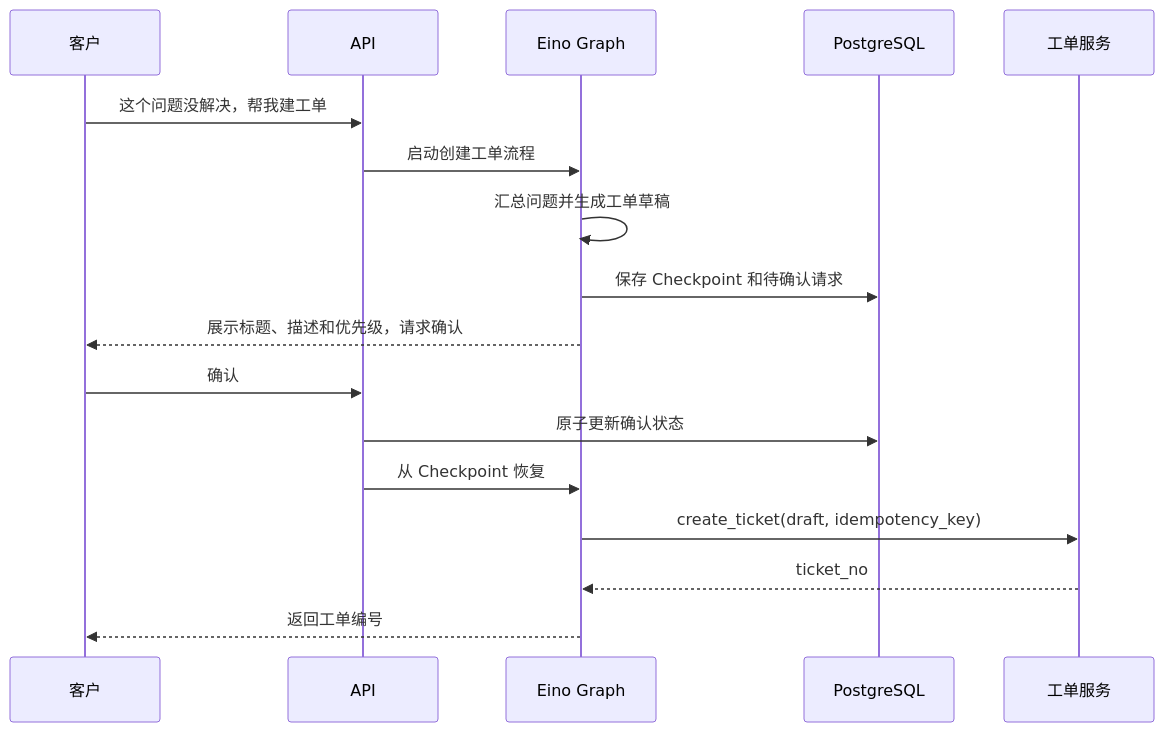
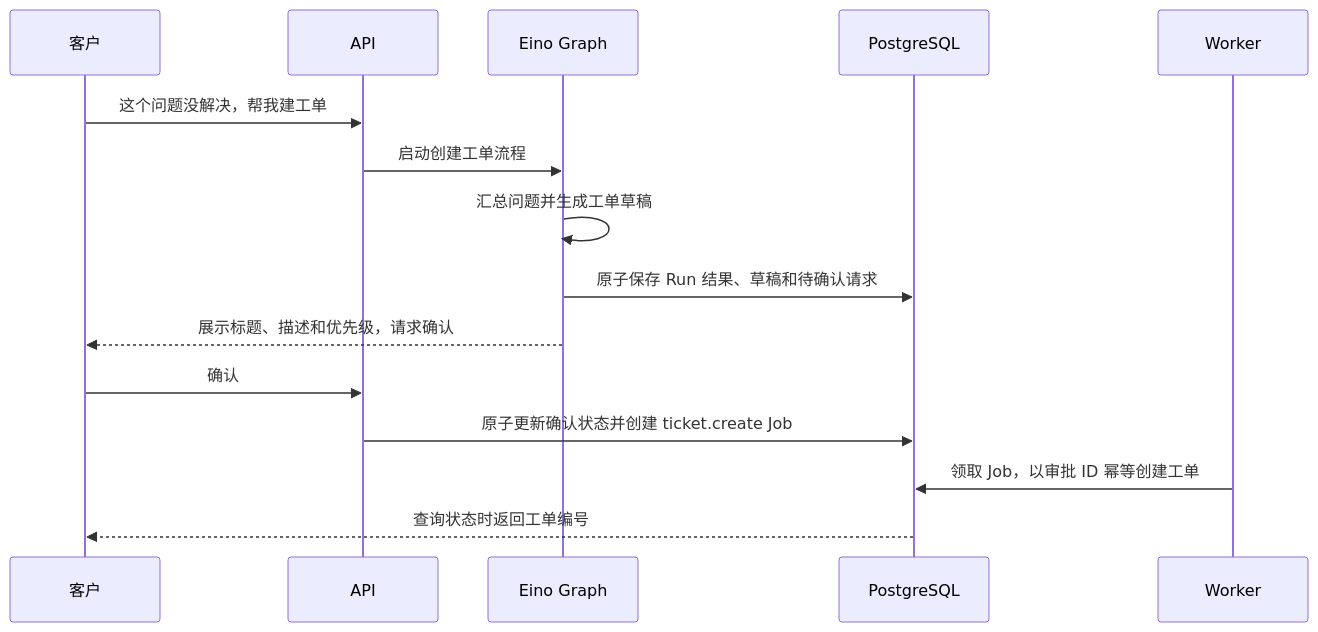
Before and after one commit to SuZeJun/agent-chat: the third of 5 diagrams in docs/USER_FLOWS.md, drawn with Mermaid. The commit also changed other lines of this file and 31 other files, not shown here.

````diff
--- a/docs/USER_FLOWS.md
+++ b/docs/USER_FLOWS.md
@@ -65,20 +65,18 @@
 ```mermaid
 sequenceDiagram
     participant U as 客户
     participant API as API
     participant E as Eino Graph
     participant DB as PostgreSQL
-    participant T as 工单服务
+    participant W as Worker
 
     U->>API: 这个问题没解决，帮我建工单
     API->>E: 启动创建工单流程
     E->>E: 汇总问题并生成工单草稿
-    E->>DB: 保存 Checkpoint 和待确认请求
+    E->>DB: 原子保存 Run 结果、草稿和待确认请求
     E-->>U: 展示标题、描述和优先级，请求确认
     U->>API: 确认
-    API->>DB: 原子更新确认状态
-    API->>E: 从 Checkpoint 恢复
-    E->>T: create_ticket(draft, idempotency_key)
-    T-->>E: ticket_no
-    E-->>U: 返回工单编号
+    API->>DB: 原子更新确认状态并创建 ticket.create Job
+    W->>DB: 领取 Job，以审批 ID 幂等创建工单
+    DB-->>U: 查询状态时返回工单编号
 ```
````
